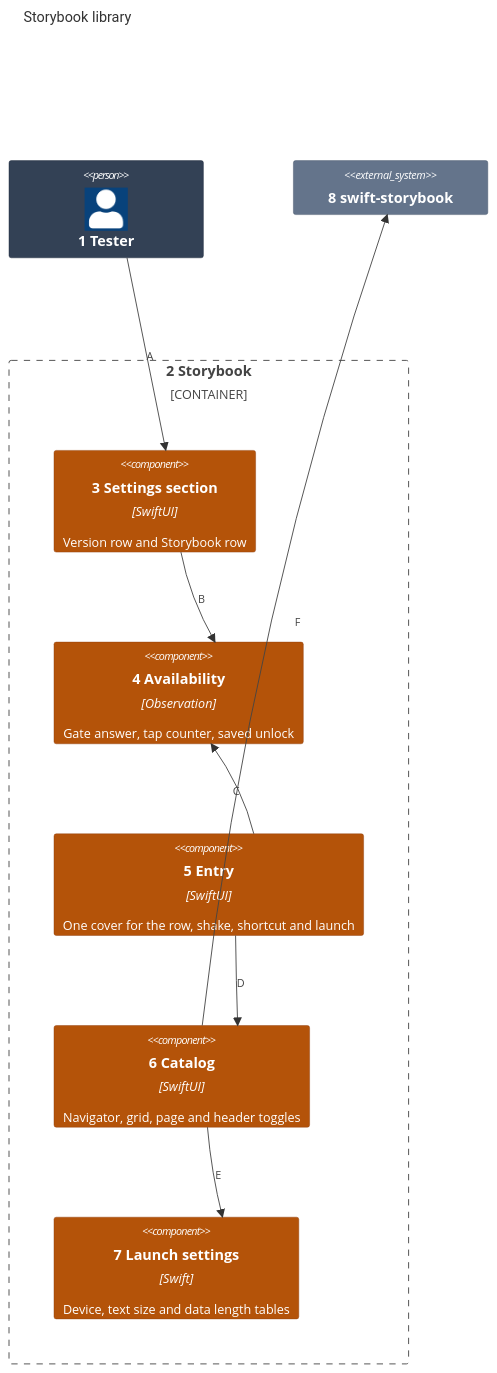
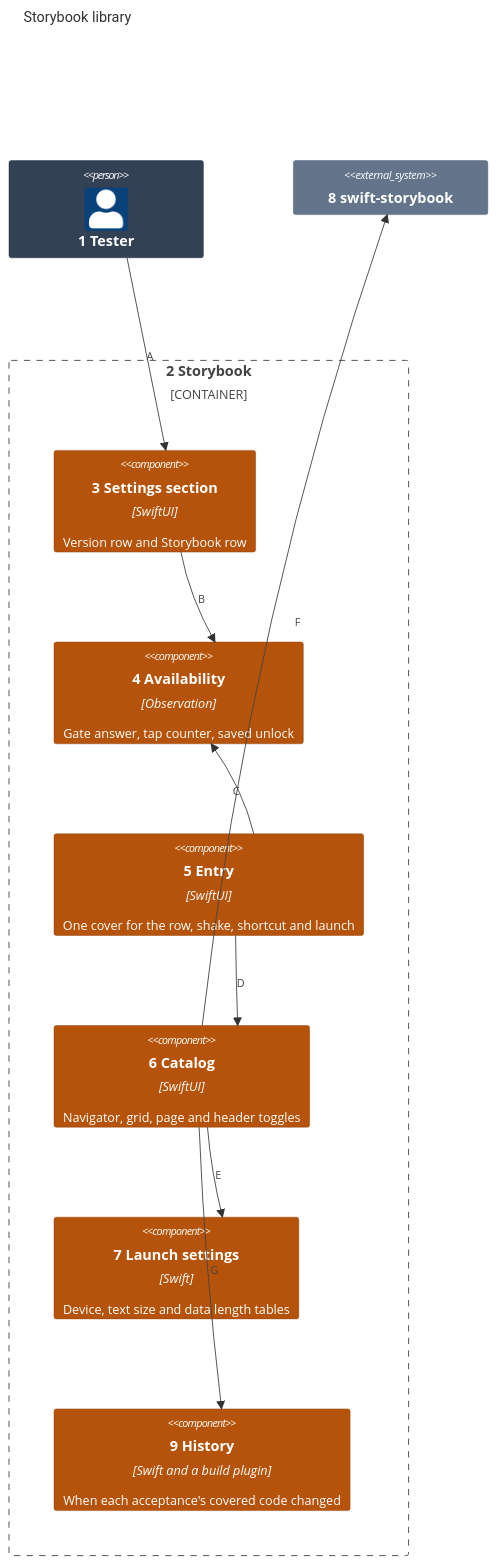
One commit to may-journal/common-swift changed the first of 2 diagrams in Packages/Storybook/docs/architecture/03-components.md. Above: the diagram before and after it, drawn with Mermaid. The commit also changed other lines of this file and 67 other files, not shown here.

````diff
--- a/Packages/Storybook/docs/architecture/03-components.md
+++ b/Packages/Storybook/docs/architecture/03-components.md
@@ -5,31 +5,34 @@
 ```mermaid
 C4Component
     title Storybook library
 
     Person(tester, "1 Tester")
 
     Container_Boundary(core, "2 Storybook") {
         Component(section, "3 Settings section", "SwiftUI", "Version row and Storybook row")
         Component(availability, "4 Availability", "Observation", "Gate answer, tap counter, saved unlock")
         Component(entry, "5 Entry", "SwiftUI", "One cover for the row, shake, shortcut and launch")
         Component(catalog, "6 Catalog", "SwiftUI", "Navigator, grid, page and header toggles")
         Component(settings, "7 Launch settings", "Swift", "Device, text size and data length tables")
+        Component(history, "9 History", "Swift and a build plugin", "When each acceptance's covered code changed")
     }
 
     System_Ext(kit, "8 swift-storybook")
 
     Rel(tester, section, "A")
     Rel(section, availability, "B")
     Rel(entry, availability, "C")
     Rel(entry, catalog, "D")
     Rel(catalog, settings, "E")
     Rel(catalog, kit, "F")
+    Rel(catalog, history, "G")
 
     UpdateElementStyle(tester, $bgColor="#334155", $borderColor="#1e293b", $fontColor="#ffffff")
     UpdateElementStyle(section, $bgColor="#b45309", $borderColor="#92400e", $fontColor="#ffffff")
     UpdateElementStyle(availability, $bgColor="#b45309", $borderColor="#92400e", $fontColor="#ffffff")
     UpdateElementStyle(entry, $bgColor="#b45309", $borderColor="#92400e", $fontColor="#ffffff")
     UpdateElementStyle(catalog, $bgColor="#b45309", $borderColor="#92400e", $fontColor="#ffffff")
     UpdateElementStyle(settings, $bgColor="#b45309", $borderColor="#92400e", $fontColor="#ffffff")
+    UpdateElementStyle(history, $bgColor="#b45309", $borderColor="#92400e", $fontColor="#ffffff")
     UpdateElementStyle(kit, $bgColor="#64748b", $borderColor="#475569", $fontColor="#ffffff")
 ```
````
